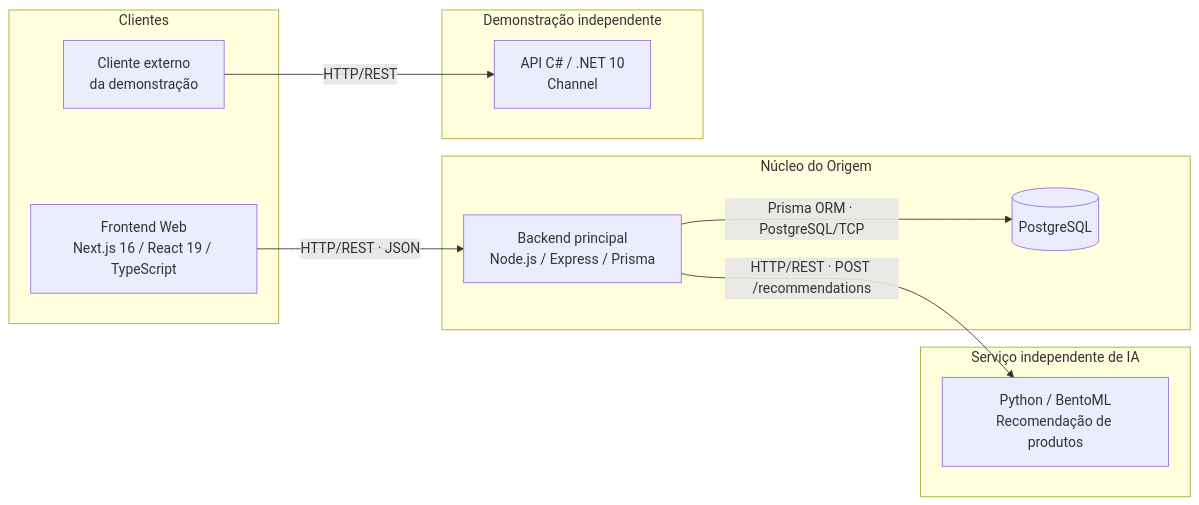
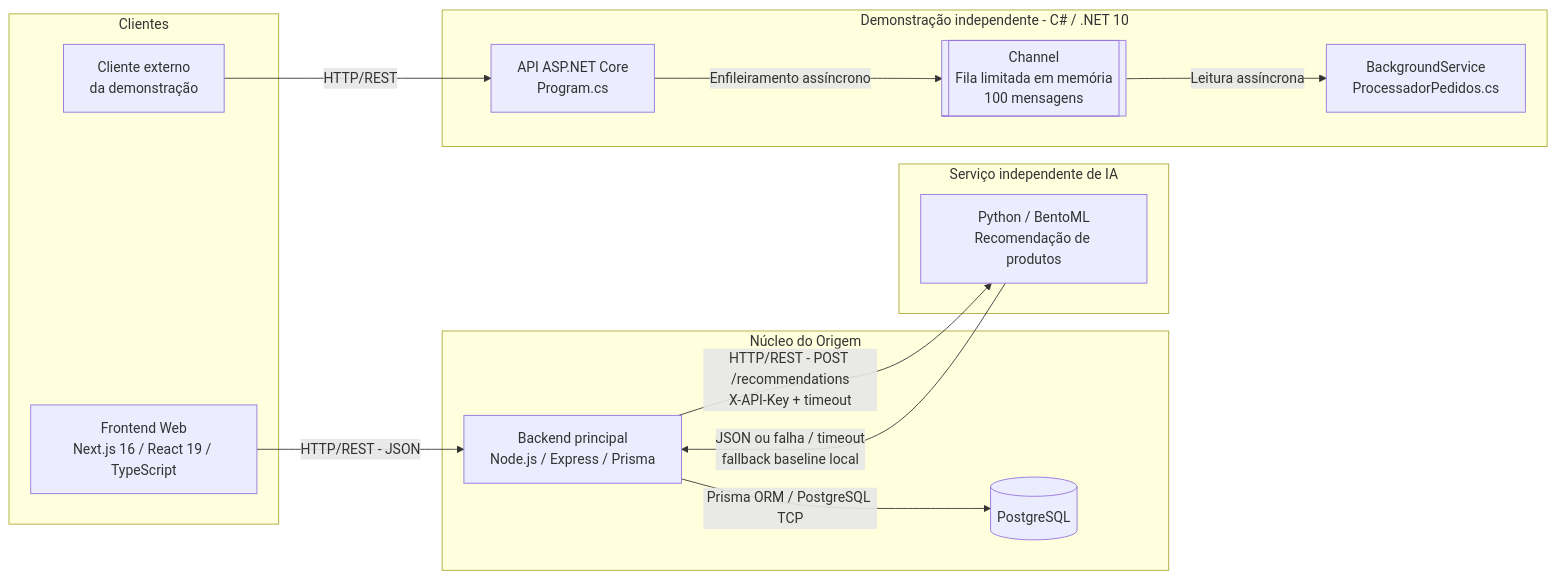
One commit to Samara020/Projeto-Integrador-Origem changed the diagram in README.md. Above: the diagram before and after it, drawn with Mermaid. The commit also changed other lines of this file and 2 other files, not shown here.

Commit message:
docs(arquitetura): corrige texto de fallback e sincroniza diagrama distribuido

````diff
--- a/README.md
+++ b/README.md
@@ -542,25 +544,31 @@
 ```mermaid
 flowchart LR
     subgraph Clientes["Clientes"]
         FE["Frontend Web<br/>Next.js 16 / React 19 / TypeScript"]
         CLI["Cliente externo<br/>da demonstração"]
     end
 
     subgraph Origem["Núcleo do Origem"]
         BE["Backend principal<br/>Node.js / Express / Prisma"]
         DB[("PostgreSQL")]
     end
 
     subgraph IA["Serviço independente de IA"]
         AI["Python / BentoML<br/>Recomendação de produtos"]
     end
 
-    subgraph Concorrencia["Demonstração independente"]
-        CONC["API C# / .NET 10<br/>Channel"]
+    subgraph Concorrencia["Demonstração independente - C# / .NET 10"]
+        API["API ASP.NET Core<br/>Program.cs"]
+        Fila[["Channel<br/>Fila limitada em memória<br/>100 mensagens"]]
+        Worker["BackgroundService<br/>ProcessadorPedidos.cs"]
     end
 
-    FE -->|"HTTP/REST · JSON"| BE
-    BE -->|"Prisma ORM · PostgreSQL/TCP"| DB
-    BE -->|"HTTP/REST · POST /recommendations"| AI
-    CLI -->|"HTTP/REST"| CONC
+    FE -->|"HTTP/REST - JSON"| BE
+    BE -->|"Prisma ORM / PostgreSQL TCP"| DB
+    BE -->|"HTTP/REST - POST /recommendations<br/>X-API-Key + timeout"| AI
+    AI -->|"JSON ou falha / timeout<br/>fallback baseline local"| BE
+
+    CLI -->|"HTTP/REST"| API
+    API -->|"Enfileiramento assíncrono"| Fila
+    Fila -->|"Leitura assíncrona"| Worker
 ```
````
